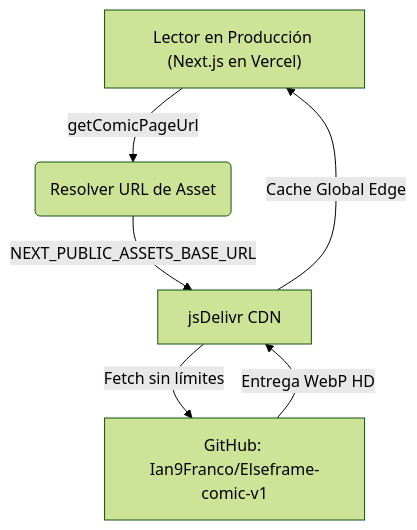
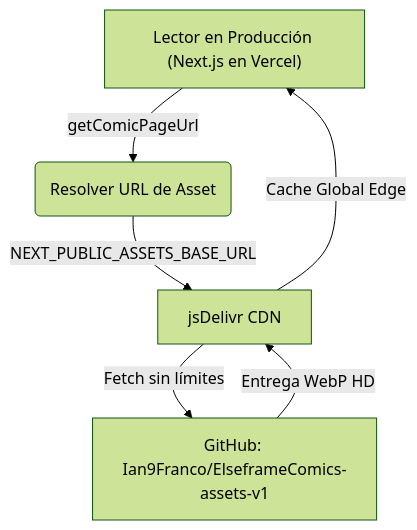
Before and after one commit to Ian9Franco/ElseframeComics: the second of 2 diagrams in README.md, drawn with Mermaid (forest theme). The commit also changed other lines of this file and 18 other files, not shown here.

First line of the commit message:
rename: point photo URLs at ElseframeComics-assets-v1

````diff
--- a/README.md
+++ b/README.md
@@ -127,8 +127,8 @@
 ```mermaid
 graph TD
     A["Lector en Producción (Next.js en Vercel)"] -->|getComicPageUrl| B("Resolver URL de Asset")
     B -->|NEXT_PUBLIC_ASSETS_BASE_URL| C["jsDelivr CDN"]
-    C -->|Fetch sin límites| D["GitHub: Ian9Franco/Elseframe-comic-v1"]
+    C -->|Fetch sin límites| D["GitHub: Ian9Franco/ElseframeComics-assets-v1"]
     D -->|Entrega WebP HD| C
     C -->|Cache Global Edge| A
 ```
````
